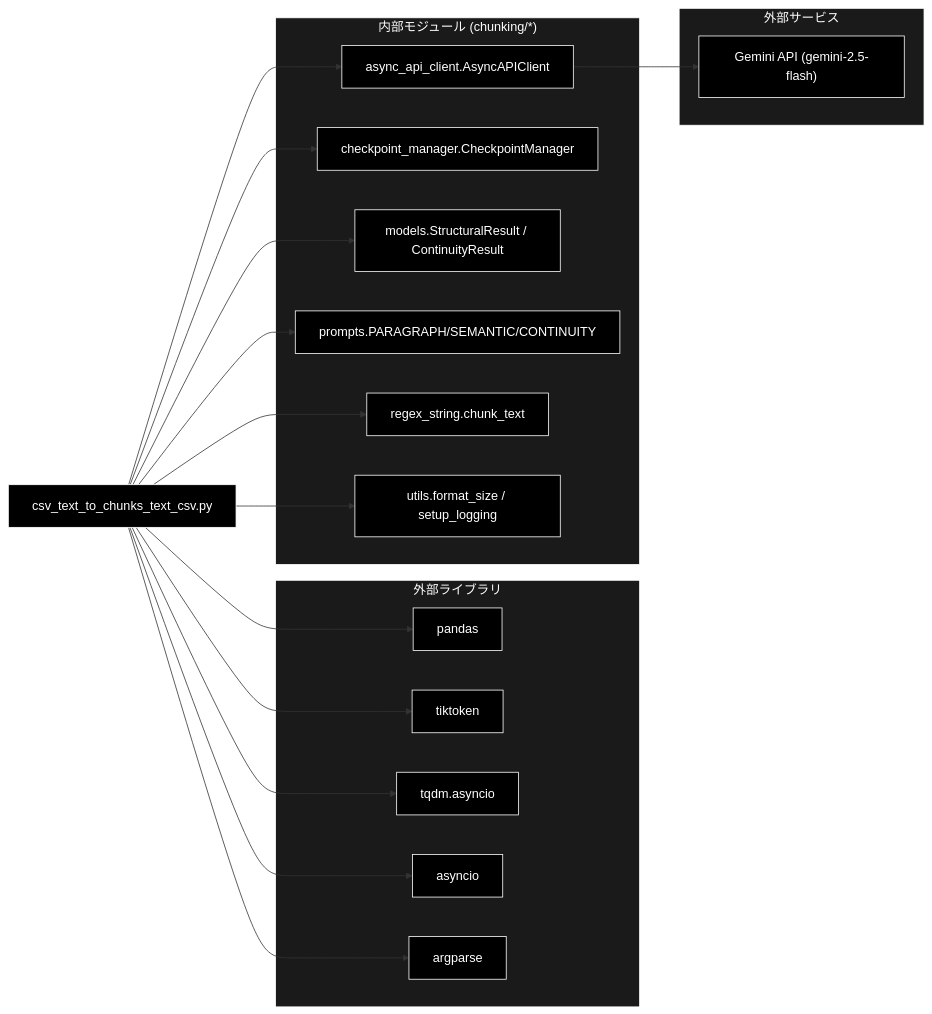
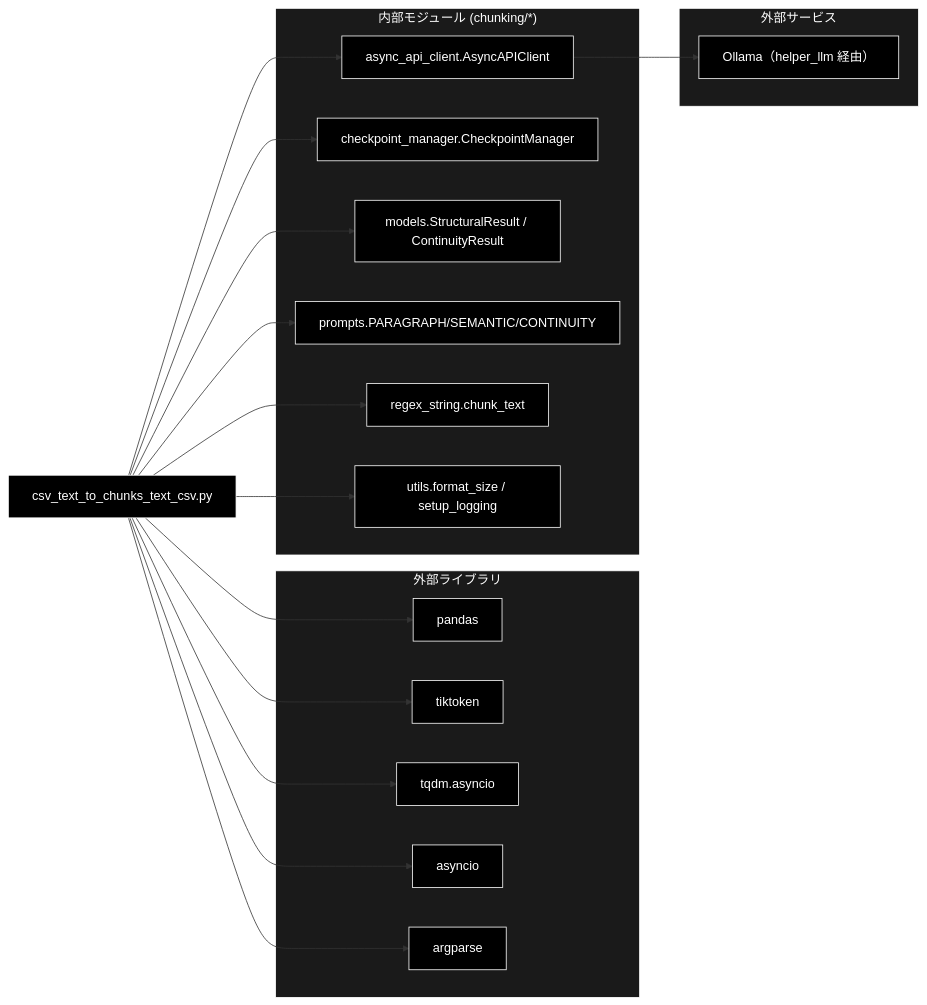
One commit to nakashima2toshio/grace_v2_local changed the third of 3 diagrams in chunking/docs/csv_text_to_chunks_text_csv.md. Above: the diagram before and after it, drawn with Mermaid. The commit also changed other lines of this file and 22 other files, not shown here.

````diff
--- a/chunking/docs/csv_text_to_chunks_text_csv.md
+++ b/chunking/docs/csv_text_to_chunks_text_csv.md
@@ -1017,44 +1212,44 @@
 ```mermaid
 flowchart LR
     MODULE["csv_text_to_chunks_text_csv.py"]
 
     subgraph EXT["外部ライブラリ"]
         PD["pandas"]
         TK["tiktoken"]
         TQ["tqdm.asyncio"]
         AS["asyncio"]
         AP["argparse"]
     end
 
     subgraph INT["内部モジュール (chunking/*)"]
         AAC["async_api_client.AsyncAPIClient"]
         CKM["checkpoint_manager.CheckpointManager"]
         MDLS["models.StructuralResult / ContinuityResult"]
         PRM["prompts.PARAGRAPH/SEMANTIC/CONTINUITY"]
         RGX["regex_string.chunk_text"]
         UTL["utils.format_size / setup_logging"]
     end
 
     subgraph SVC["外部サービス"]
-        GEMINI["Gemini API (gemini-2.5-flash)"]
+        OLLAMA["Ollama（helper_llm 経由）"]
     end
 
     MODULE --> PD
     MODULE --> TK
     MODULE --> TQ
     MODULE --> AS
     MODULE --> AP
     MODULE --> AAC
     MODULE --> CKM
     MODULE --> MDLS
     MODULE --> PRM
     MODULE --> RGX
     MODULE --> UTL
-    AAC --> GEMINI
+    AAC --> OLLAMA
 classDef default fill:#000,stroke:#fff,color:#fff
 classDef subgraphStyle fill:#1a1a1a,stroke:#fff,color:#fff
-class MODULE,PD,TK,TQ,AS,AP,AAC,CKM,MDLS,PRM,RGX,UTL,GEMINI default
+class MODULE,PD,TK,TQ,AS,AP,AAC,CKM,MDLS,PRM,RGX,UTL,OLLAMA default
 style EXT fill:#1a1a1a,stroke:#fff,color:#fff
 style INT fill:#1a1a1a,stroke:#fff,color:#fff
 style SVC fill:#1a1a1a,stroke:#fff,color:#fff
 ```
````
